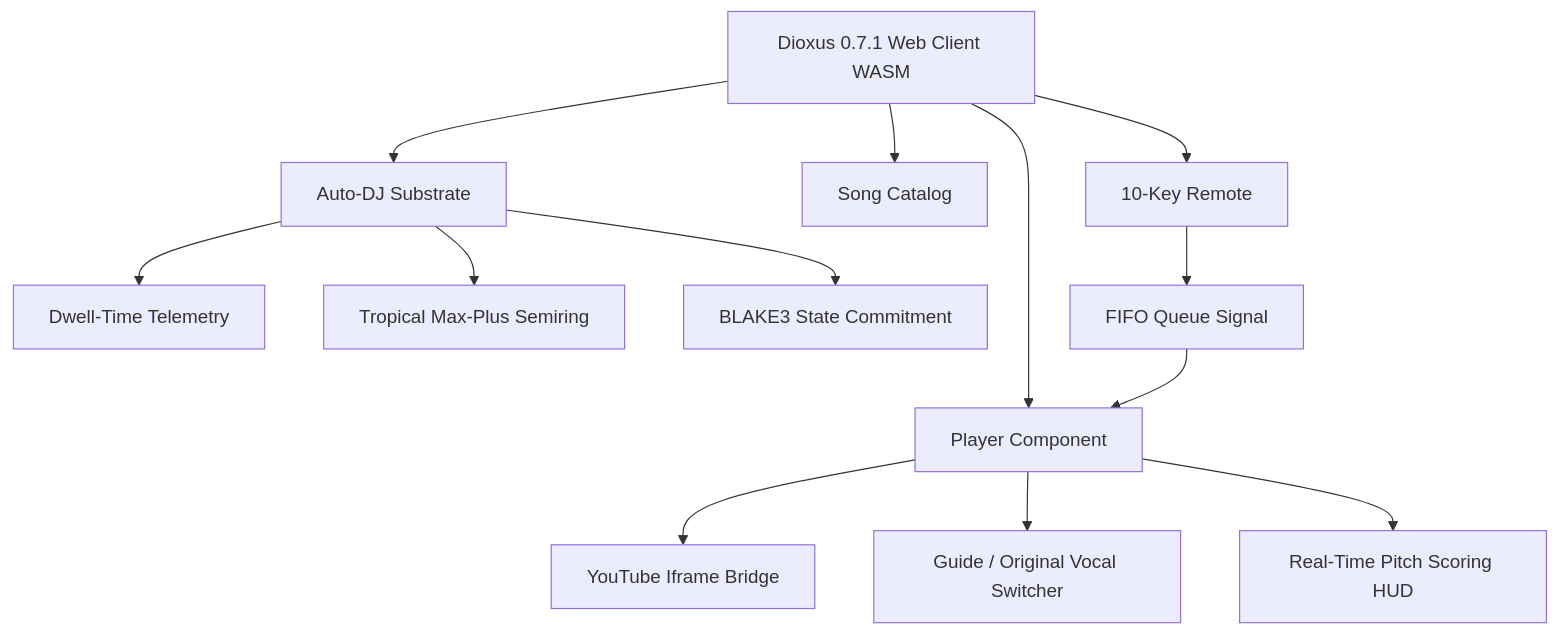
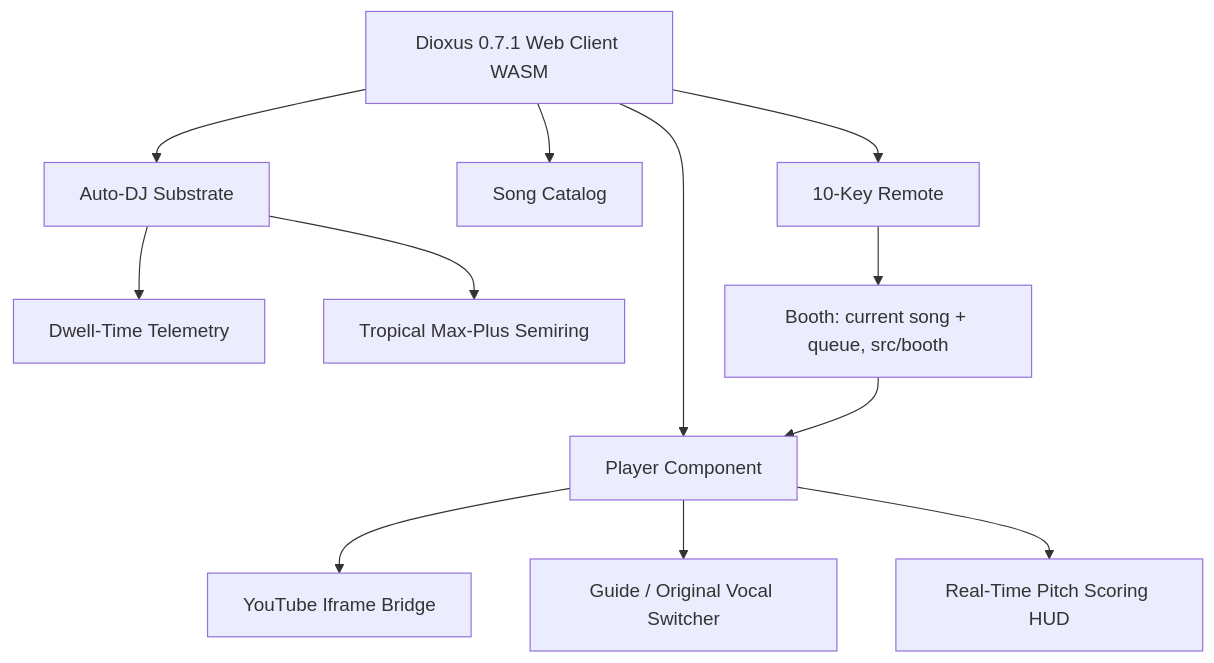
The diagram in docs/ARCHITECTURE.md (ozoneRatchapon/ktv-rs), drawn with Mermaid before and after one commit. The commit also changed other lines of this file and 21 other files, not shown here.

Commit message:
refactor: booth module for queue logic, typed key bridge, drop unused BLAKE3 commitment

````diff
--- a/docs/ARCHITECTURE.md
+++ b/docs/ARCHITECTURE.md
@@ -5,18 +5,17 @@
 ```mermaid
 graph TD
     Client[Dioxus 0.7.1 Web Client WASM] --> Player[Player Component]
     Client --> AutoDJ[Auto-DJ Substrate]
     Client --> Catalog[Song Catalog]
     Client --> Remote[10-Key Remote]
     
     Player --> YTBridge[YouTube Iframe Bridge]
     Player --> GuideSwitch[Guide / Original Vocal Switcher]
     Player --> PitchHUD[Real-Time Pitch Scoring HUD]
     
     AutoDJ --> DwellTracker[Dwell-Time Telemetry]
     AutoDJ --> TropicalPrune[Tropical Max-Plus Semiring]
-    AutoDJ --> Blake3Hash[BLAKE3 State Commitment]
     
-    Remote --> Queue[FIFO Queue Signal]
+    Remote --> Queue[Booth: current song + queue, src/booth]
     Queue --> Player
 ```
````
